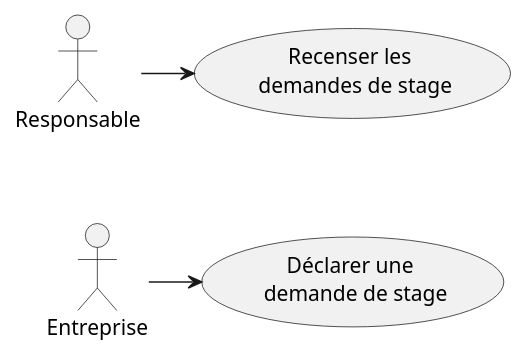
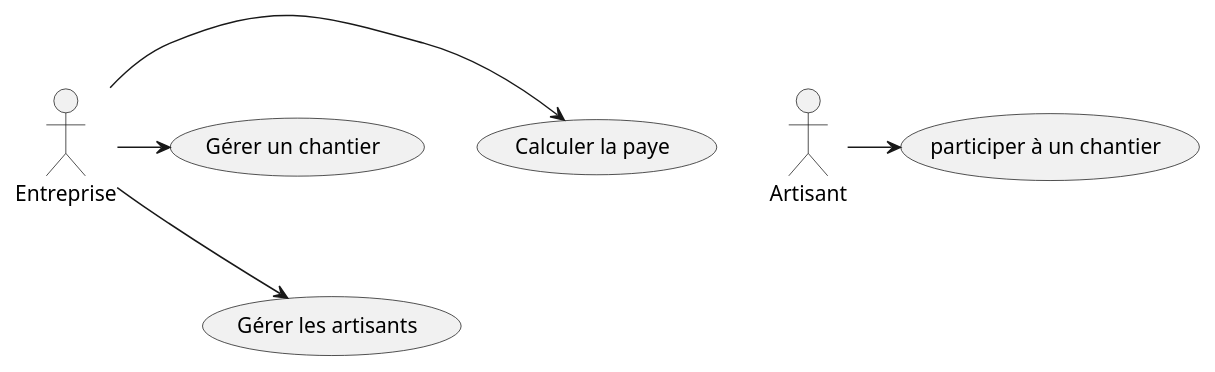
One commit to IUT-Blagnac/r2-01-conception-td5-Munozmu changed the diagram in UC.plantuml. Above: the diagram before and after it, drawn with PlantUML.

```diff
--- a/UC.plantuml
+++ b/UC.plantuml
@@ -1,15 +1,20 @@
 @startuml
 
-usecase r as "Recenser les \n demandes de stage"
-usecase d as "Déclarer une \n demande de stage"
+usecase c as "Calculer la paye"
+usecase g as "Gérer un chantier"
+usecase a as "Gérer les artisants"
+usecase participer as "participer à un chantier"
 
-actor Responsable
 actor Entreprise 
+actor Artisant 
+ 
+'Pour aligner les 2 acteurs :....0000
+c -[hidden]-> a
 
-'Pour aligner les 2 acteurs :
-r -[hidden]-> d
+Entreprise -> c
+Entreprise -> g
+Entreprise -> a
 
-Responsable -> r
-Entreprise -> d
+Artisant -> participer
 
 @enduml
```
